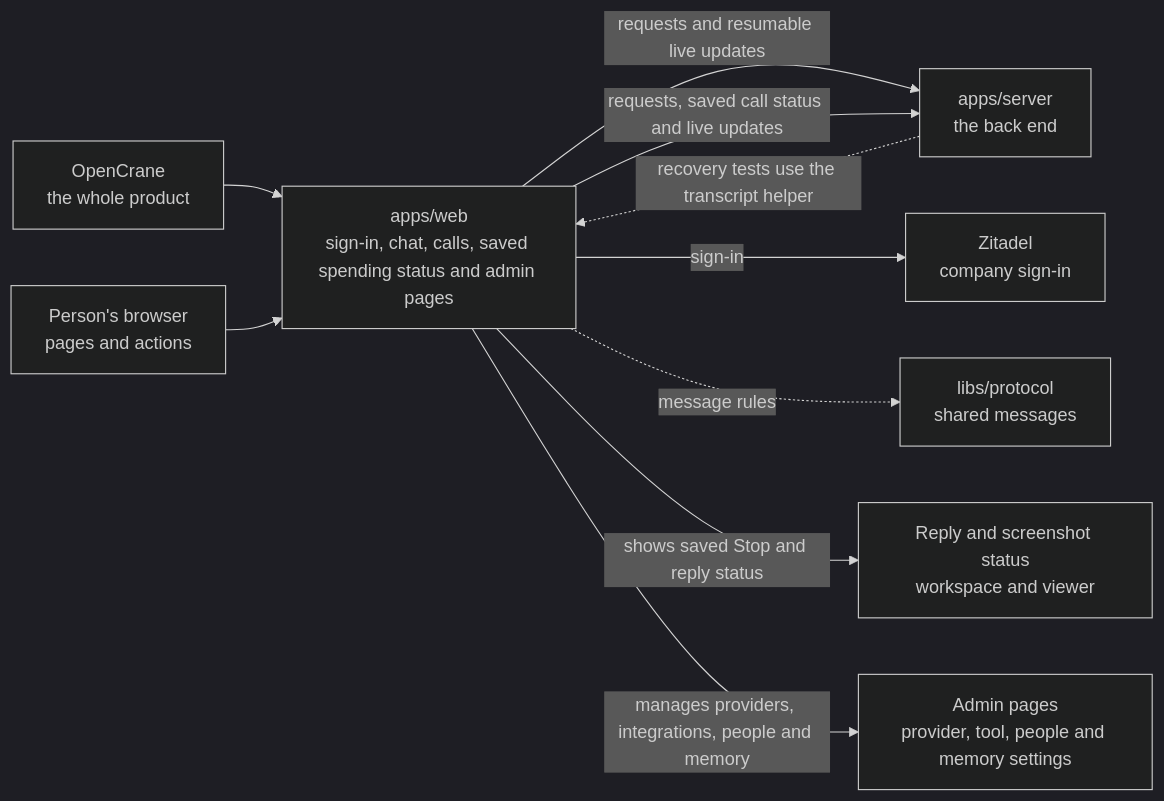
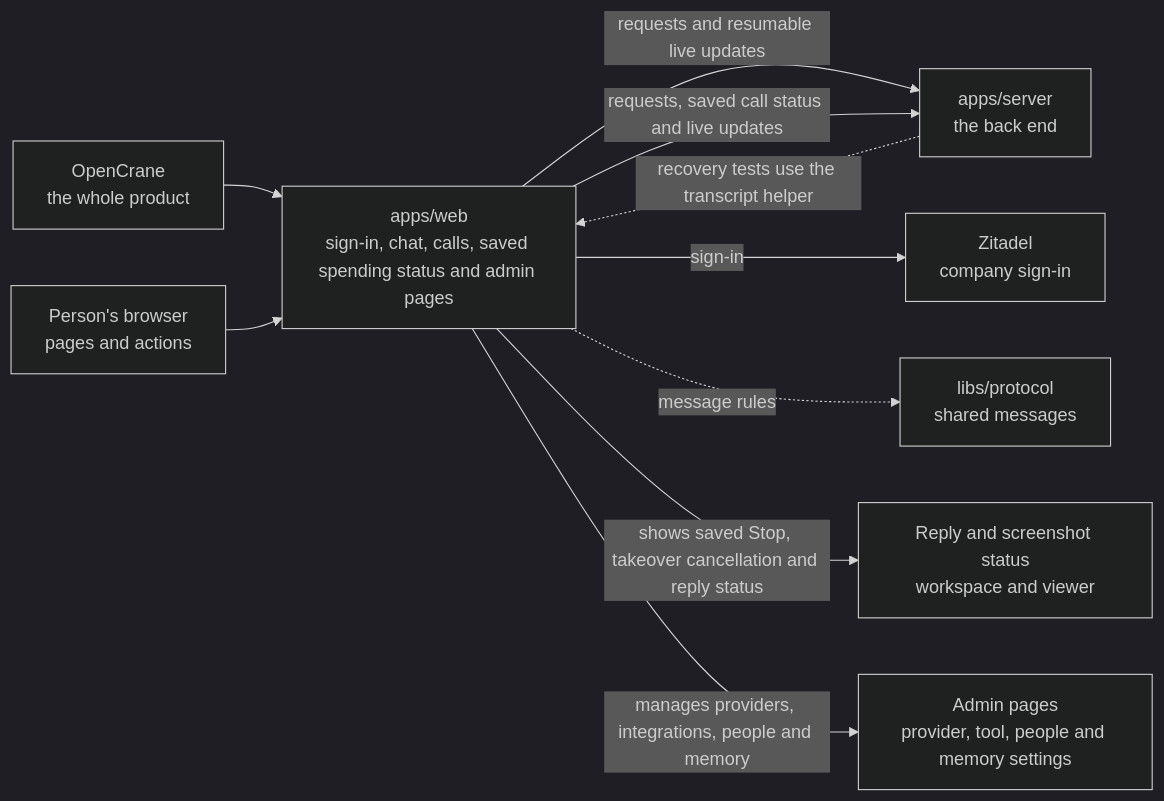
The diagram in apps/web/README.md (elewa-git/opencrane-new), drawn with Mermaid (dark theme) before and after one commit. The commit also changed other lines of this file and 22 other files, not shown here.

Commit message:
🛑 Cancel unused approvals covered by saved takeover

````diff
--- a/apps/web/README.md
+++ b/apps/web/README.md
@@ -16,12 +16,12 @@
 ```mermaid
 flowchart LR
   system["OpenCrane<br/>the whole product"] --> web["apps/web<br/>the website"]
   browser["Person's browser<br/>pages and actions"] --> web
   web -->|requests and resumable live updates| server["apps/server<br/>the back end"]
   server -.->|recovery tests use the transcript helper| web
   web["apps/web<br/>sign-in, chat, calls, saved spending status and admin pages"] -->|requests, saved call status and live updates| server["apps/server<br/>the back end"]
   web -->|sign-in| zitadel["Zitadel<br/>company sign-in"]
   web -.->|message rules| protocol["libs/protocol<br/>shared messages"]
-  web -->|shows saved Stop and reply status| capture["Reply and screenshot status<br/>workspace and viewer"]
+  web -->|shows saved Stop, takeover cancellation and reply status| capture["Reply and screenshot status<br/>workspace and viewer"]
   web -->|manages providers, integrations, people and memory| admin["Admin pages<br/>provider, tool, people and memory settings"]
 ```
````
